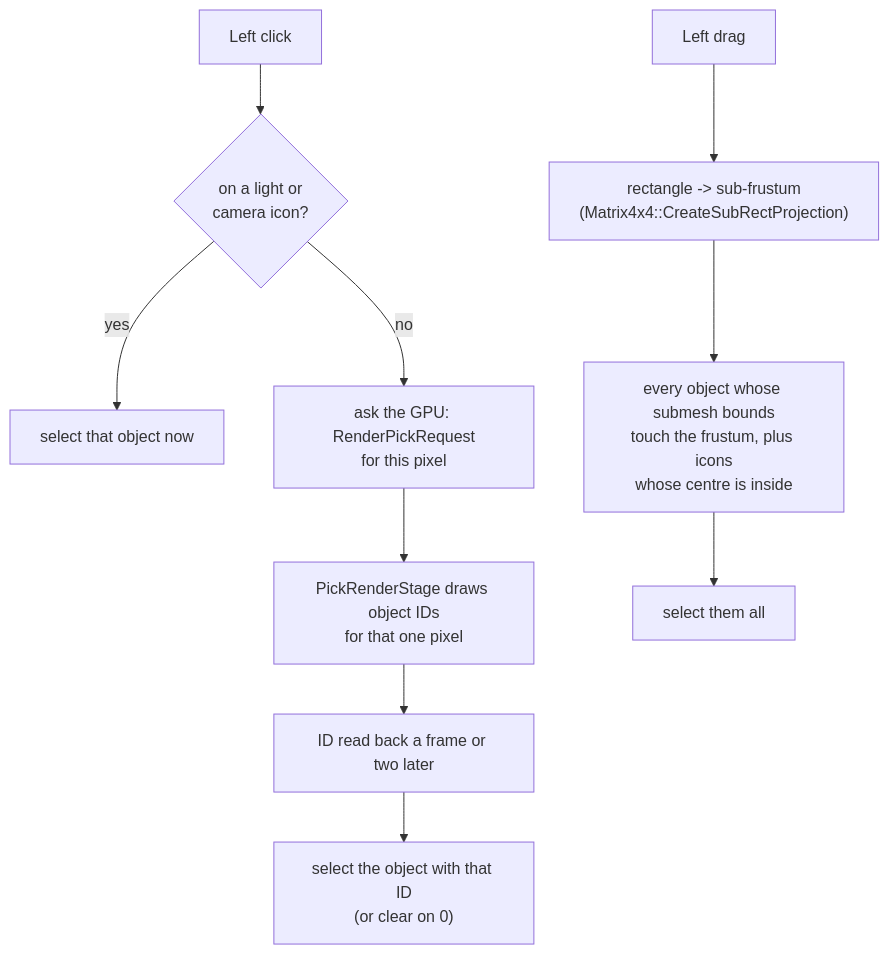
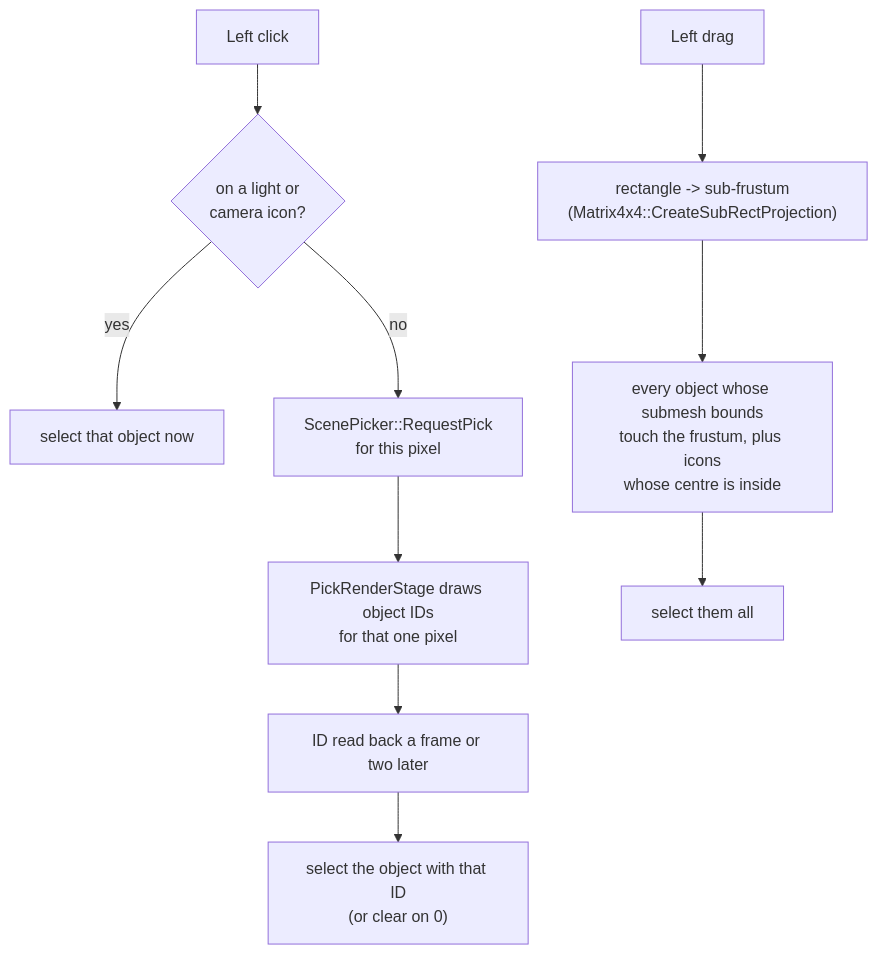
The third of 3 diagrams in Docs/Generated/Engine/07-Editor/Editor-Panels.md (b1nary0/RZE), drawn with Mermaid before and after one commit. The commit also changed other lines of this file and 18 other files, not shown here.

````diff
--- a/Docs/Generated/Engine/07-Editor/Editor-Panels.md
+++ b/Docs/Generated/Engine/07-Editor/Editor-Panels.md
@@ -76,14 +92,14 @@
 ```mermaid
 %%{init: {'flowchart': {'subGraphTitleMargin': {'top': 6, 'bottom': 10}}, 'themeCSS': '.labelBkg, .edgeLabel { background-color: var(--background-primary) !important; } .messageText, .labelText, .loopText { paint-order: stroke; stroke: var(--background-primary); stroke-width: 5px; stroke-linejoin: round; }'}}%%
 flowchart TD
     Click["Left click"] --> Icon{"on a light or<br/>camera icon?"}
     Icon -->|yes| SelI["select that object now"]
-    Icon -->|no| Req["ask the GPU: RenderPickRequest<br/>for this pixel"]
+    Icon -->|no| Req["ScenePicker::RequestPick<br/>for this pixel"]
     Req --> GPU["PickRenderStage draws object IDs<br/>for that one pixel"]
     GPU --> Back["ID read back a frame or two later"]
     Back --> SelM["select the object with that ID<br/>(or clear on 0)"]
 
     Drag["Left drag"] --> Rect["rectangle -> sub-frustum<br/>(Matrix4x4::CreateSubRectProjection)"]
     Rect --> Test["every object whose submesh bounds<br/>touch the frustum, plus icons<br/>whose centre is inside"]
     Test --> SelR["select them all"]
 ```
````
